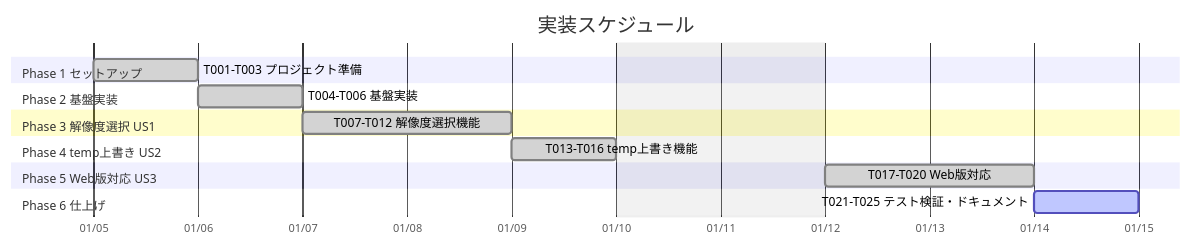
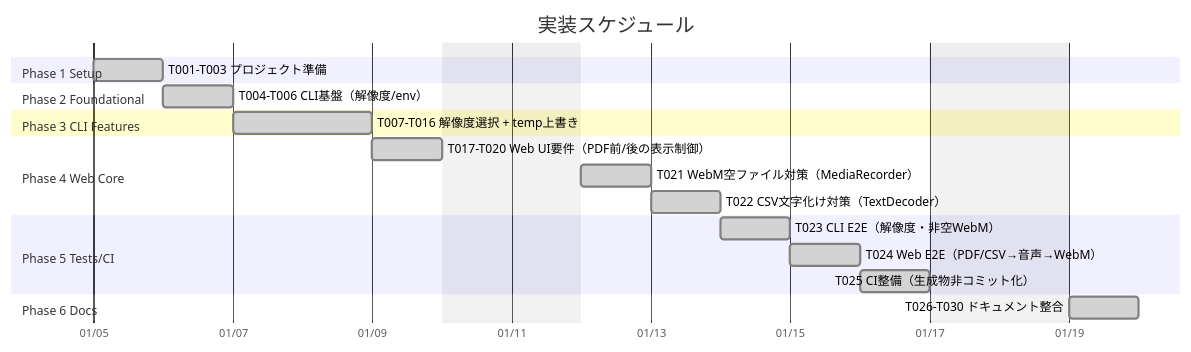
Before and after one commit to J1921604/Slide-MyVoice-Maker: the first of 3 diagrams in specs/001-Slide-Voice-Maker/tasks.md, drawn with Mermaid. The commit also changed other lines of this file and 23 other files, not shown here.

Commit message:
feat: ローカル版Web版機能を追加（PDF/CSV入力、音声生成、WebM出力）

````diff
--- a/specs/001-Slide-Voice-Maker/tasks.md
+++ b/specs/001-Slide-Voice-Maker/tasks.md
@@ -19,25 +19,29 @@
 ```mermaid
 gantt
     title 実装スケジュール
     dateFormat YYYY-MM-DD
     axisFormat %m/%d
-    excludes weekends
+    excludes weekends, 2025-12-27, 2025-12-28, 2025-12-29, 2025-12-30, 2025-12-31, 2026-01-01, 2026-01-02, 2026-01-03, 2026-01-04
 
-    section Phase 1 セットアップ
-    T001-T003 プロジェクト準備           :done, p1, 2026-01-05, 1d
+    section Phase 1 Setup
+    T001-T003 プロジェクト準備                :done, p1, 2026-01-05, 1d
 
-    section Phase 2 基盤実装
-    T004-T006 基盤実装                   :done, p2, after p1, 1d
+    section Phase 2 Foundational
+    T004-T006 CLI基盤（解像度/env）            :done, p2, after p1, 1d
 
-    section Phase 3 解像度選択 US1
-    T007-T012 解像度選択機能             :done, p3, after p2, 2d
+    section Phase 3 CLI Features
+    T007-T016 解像度選択 + temp上書き           :done, p3, after p2, 2d
 
-    section Phase 4 temp上書き US2
-    T013-T016 temp上書き機能             :done, p4, after p3, 1d
+    section Phase 4 Web Core
+    T017-T020 Web UI要件（PDF前/後の表示制御） :done, p4, after p3, 1d
+    T021 WebM空ファイル対策（MediaRecorder）    :done, p5, after p4, 1d
+    T022 CSV文字化け対策（TextDecoder）         :done, p6, after p5, 1d
 
-    section Phase 5 Web版対応 US3
-    T017-T020 Web版対応                  :done, p5, after p4, 2d
+    section Phase 5 Tests/CI
+    T023 CLI E2E（解像度・非空WebM）            :done, p7, after p6, 1d
+    T024 Web E2E（PDF/CSV→音声→WebM）           :done, p8, after p7, 1d
+    T025 CI整備（生成物非コミット化）            :done, p9, after p8, 1d
 
-    section Phase 6 仕上げ
-    T021-T025 テスト検証・ドキュメント   :active, p6, after p5, 1d
+    section Phase 6 Docs
+    T026-T030 ドキュメント整合                  :done, p10, after p9, 1d
 ```
````
